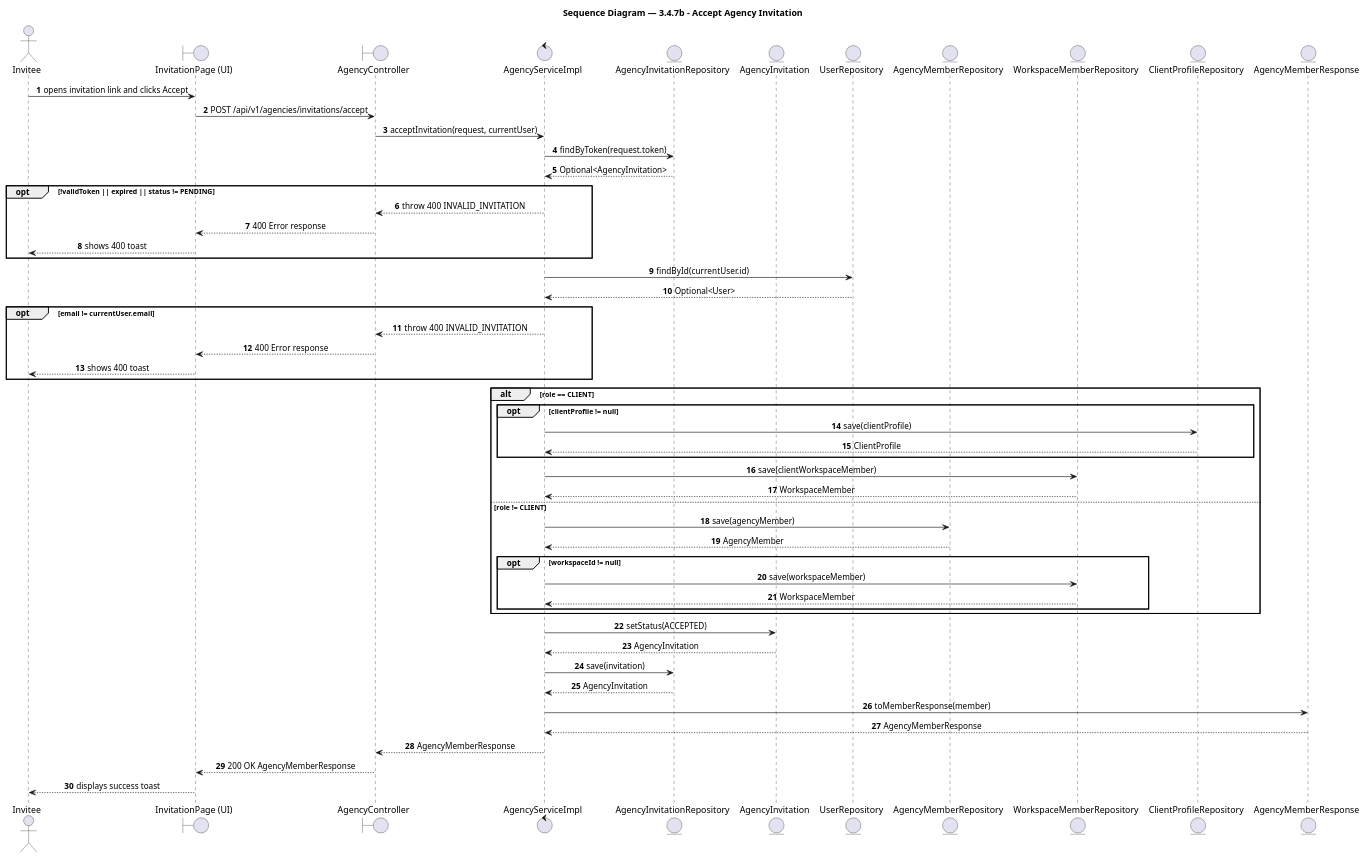
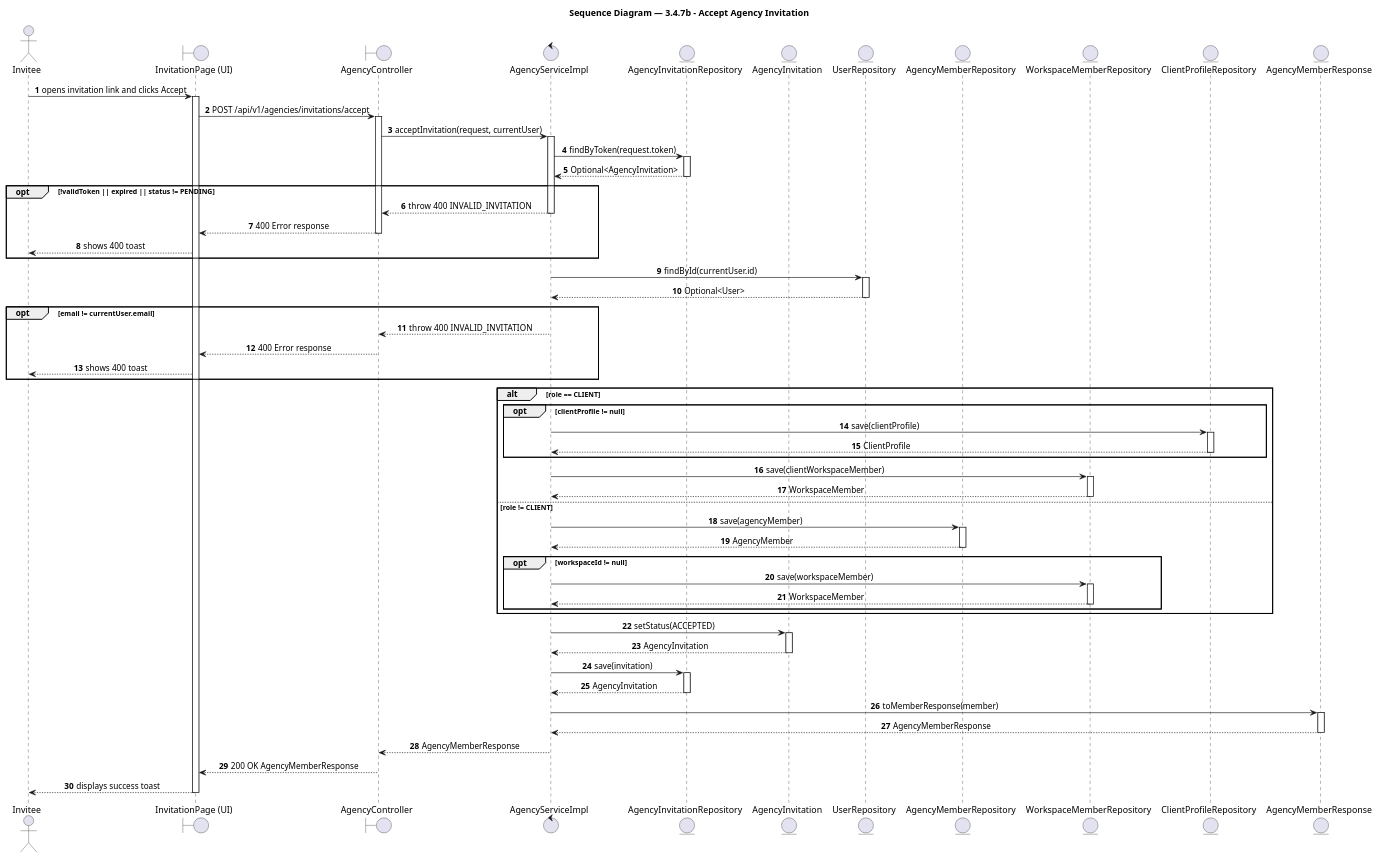
Before and after one commit to BrandHubOrganization/brandhub-infrastructure: the diagram in docs/feature/agency-workspace/3-4-7b-accept-agency-invitation/report4_sequence.puml, drawn with PlantUML. The commit also changed 149 other files, not shown here.

Commit message:
docs(sequence): fix activation bars across all sequence diagrams according to UML 2.5 rules

```diff
--- a/docs/feature/agency-workspace/3-4-7b-accept-agency-invitation/report4_sequence.puml
+++ b/docs/feature/agency-workspace/3-4-7b-accept-agency-invitation/report4_sequence.puml
@@ -1,66 +1,98 @@
 @startuml 3.4.7b - Accept Agency Invitation
 title Sequence Diagram — 3.4.7b - Accept Agency Invitation
 
 autonumber
 skinparam shadowing false
 skinparam sequenceMessageAlign center
 skinparam BoxPadding 10
 skinparam ParticipantPadding 10
 
 ' === Participants ===
 actor "Invitee" as invitee
 boundary "InvitationPage (UI)" as invitationpage_ui
 boundary "AgencyController" as agencycontroller
 control "AgencyServiceImpl" as agencyserviceimpl
 entity "AgencyInvitationRepository" as agencyinvitationrepository
 entity "AgencyInvitation" as agencyinvitation
 entity "UserRepository" as userrepository
 entity "AgencyMemberRepository" as agencymemberrepository
 entity "WorkspaceMemberRepository" as workspacememberrepository
 entity "ClientProfileRepository" as clientprofilerepository
 entity "AgencyMemberResponse" as agencymemberresponse
 
 ' === Flow: Invitee Accepts Invitation ===
 invitee -> invitationpage_ui: opens invitation link and clicks Accept
+activate invitationpage_ui
 invitationpage_ui -> agencycontroller: POST /api/v1/agencies/invitations/accept
+activate agencycontroller
 agencycontroller -> agencyserviceimpl: acceptInvitation(request, currentUser)
+activate agencyserviceimpl
 agencyserviceimpl -> agencyinvitationrepository: findByToken(request.token)
+activate agencyinvitationrepository
 agencyinvitationrepository --> agencyserviceimpl: Optional<AgencyInvitation>
+deactivate agencyinvitationrepository
 opt !validToken || expired || status != PENDING
   agencyserviceimpl --> agencycontroller: throw 400 INVALID_INVITATION
+  deactivate agencyserviceimpl
   agencycontroller --> invitationpage_ui: 400 Error response
+  deactivate agencycontroller
   invitationpage_ui --> invitee: shows 400 toast
 end
+activate agencyserviceimpl
+activate agencycontroller
 agencyserviceimpl -> userrepository: findById(currentUser.id)
+activate userrepository
 userrepository --> agencyserviceimpl: Optional<User>
+deactivate userrepository
 opt email != currentUser.email
   agencyserviceimpl --> agencycontroller: throw 400 INVALID_INVITATION
+  deactivate agencyserviceimpl
   agencycontroller --> invitationpage_ui: 400 Error response
+  deactivate agencycontroller
   invitationpage_ui --> invitee: shows 400 toast
 end
+activate agencyserviceimpl
+activate agencycontroller
 alt role == CLIENT
   opt clientProfile != null
     agencyserviceimpl -> clientprofilerepository: save(clientProfile)
+    activate clientprofilerepository
     clientprofilerepository --> agencyserviceimpl: ClientProfile
+    deactivate clientprofilerepository
   end
   agencyserviceimpl -> workspacememberrepository: save(clientWorkspaceMember)
+  activate workspacememberrepository
   workspacememberrepository --> agencyserviceimpl: WorkspaceMember
+  deactivate workspacememberrepository
 else role != CLIENT
   agencyserviceimpl -> agencymemberrepository: save(agencyMember)
+  activate agencymemberrepository
   agencymemberrepository --> agencyserviceimpl: AgencyMember
+  deactivate agencymemberrepository
   opt workspaceId != null
     agencyserviceimpl -> workspacememberrepository: save(workspaceMember)
+    activate workspacememberrepository
     workspacememberrepository --> agencyserviceimpl: WorkspaceMember
+    deactivate workspacememberrepository
   end
 end
 agencyserviceimpl -> agencyinvitation: setStatus(ACCEPTED)
+activate agencyinvitation
 agencyinvitation --> agencyserviceimpl: AgencyInvitation
+deactivate agencyinvitation
 agencyserviceimpl -> agencyinvitationrepository: save(invitation)
+activate agencyinvitationrepository
 agencyinvitationrepository --> agencyserviceimpl: AgencyInvitation
+deactivate agencyinvitationrepository
 agencyserviceimpl -> agencymemberresponse: toMemberResponse(member)
+activate agencymemberresponse
 agencymemberresponse --> agencyserviceimpl: AgencyMemberResponse
+deactivate agencymemberresponse
 agencyserviceimpl --> agencycontroller: AgencyMemberResponse
+deactivate agencyserviceimpl
 agencycontroller --> invitationpage_ui: 200 OK AgencyMemberResponse
+deactivate agencycontroller
 invitationpage_ui --> invitee: displays success toast
+deactivate invitationpage_ui
 
 @enduml
```
